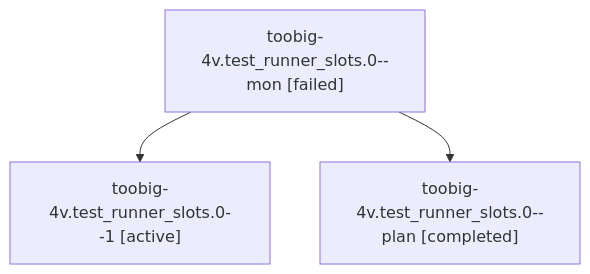
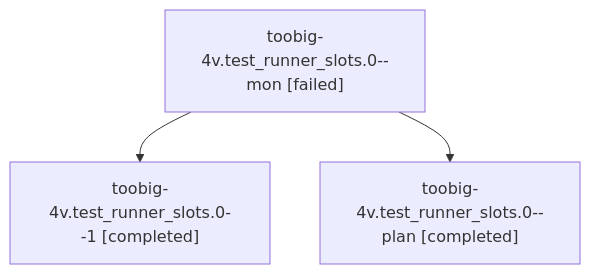
Before and after one commit to sase-org/sase--agents: the diagram in families/bbugyi200.athena.toobig-4v.test_runner_slots.0.md, drawn with Mermaid. The commit also changed other lines of this file and 18 other files, not shown here.

````diff
--- a/families/bbugyi200.athena.toobig-4v.test_runner_slots.0.md
+++ b/families/bbugyi200.athena.toobig-4v.test_runner_slots.0.md
@@ -9,8 +9,8 @@
 ```mermaid
 flowchart TD
   n0["toobig-4v.test_runner_slots.0--mon [failed]"]
-  n1["toobig-4v.test_runner_slots.0--1 [active]"]
+  n1["toobig-4v.test_runner_slots.0--1 [completed]"]
   n0 --> n1
   n2["toobig-4v.test_runner_slots.0--plan [completed]"]
   n0 --> n2
 ```
````
